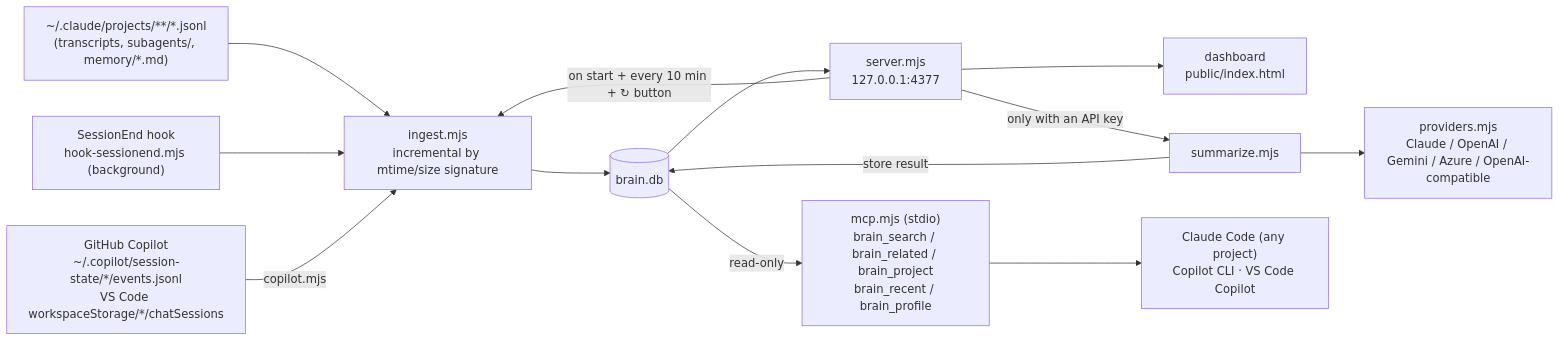
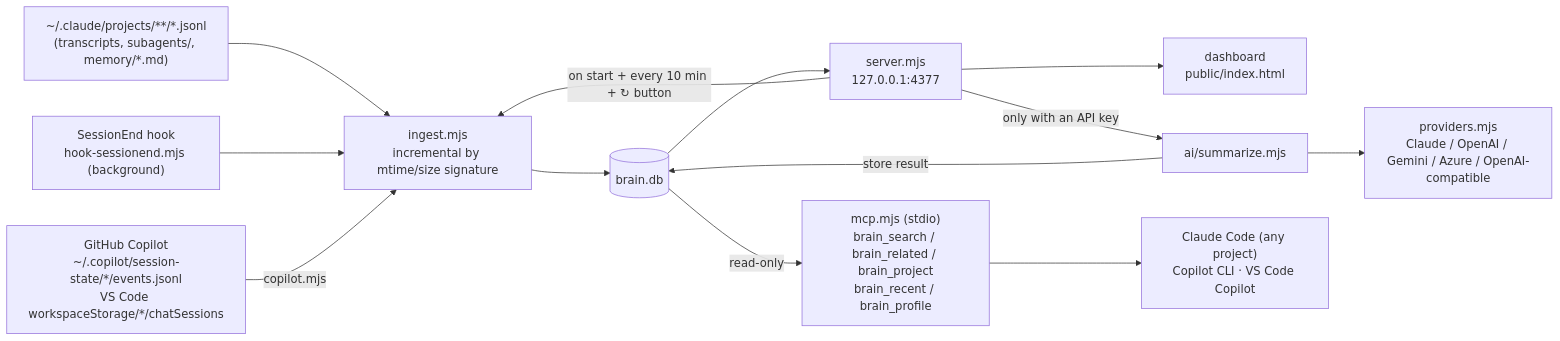
The first of 5 diagrams in docs/PLAN.md (hienct-fpt/personal-brain), drawn with Mermaid before and after one commit. The commit also changed other lines of this file and 22 other files, not shown here.

````diff
--- a/docs/PLAN.md
+++ b/docs/PLAN.md
@@ -37,15 +37,15 @@
 ```mermaid
 flowchart LR
   T["~/.claude/projects/**/*.jsonl<br/>(transcripts, subagents/, memory/*.md)"] --> I
   H["SessionEnd hook<br/>hook-sessionend.mjs (background)"] --> I
   CP["GitHub Copilot<br/>~/.copilot/session-state/*/events.jsonl<br/>VS Code workspaceStorage/*/chatSessions"] -->|"copilot.mjs"| I
   I["ingest.mjs<br/>incremental by mtime/size signature"] --> DB[("brain.db")]
   DB --> S["server.mjs<br/>127.0.0.1:4377"]
   S --> UI["dashboard<br/>public/index.html"]
   S -->|"on start + every 10 min + ↻ button"| I
-  S -->|"only with an API key"| SM["summarize.mjs"]
+  S -->|"only with an API key"| SM["ai/summarize.mjs"]
   SM --> P["providers.mjs<br/>Claude / OpenAI / Gemini / Azure / OpenAI-compatible"]
   SM -->|"store result"| DB
   DB -->|"read-only"| M["mcp.mjs (stdio)<br/>brain_search / brain_related / brain_project<br/>brain_recent / brain_profile"]
   M --> CC["Claude Code (any project)<br/>Copilot CLI · VS Code Copilot"]
 ```
````
